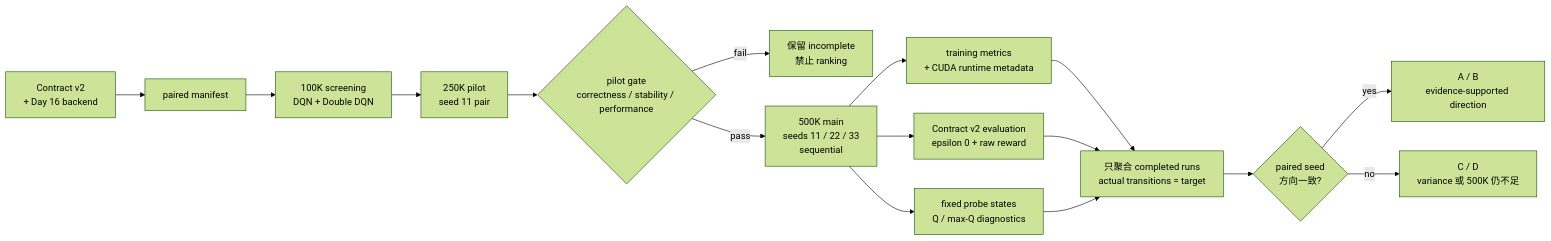
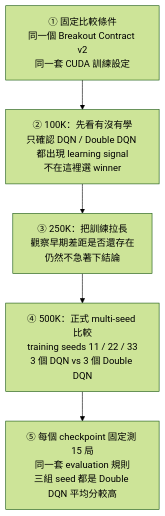
One commit to Tommyweige/breakout-rl-engineering changed the diagram in assets/day18/staged-comparison-flow.mmd. Above: the diagram before and after it, drawn with Mermaid (forest theme). The commit also changed 2 other files, not shown here.

Commit message:
docs: add latest Day 18 comparison flow assets

```diff
--- a/assets/day18/staged-comparison-flow.mmd
+++ b/assets/day18/staged-comparison-flow.mmd
@@ -1,16 +1,8 @@
-flowchart LR
-    A[Contract v2<br/>+ Day 16 backend] --> B[paired manifest]
-    B --> C[100K screening<br/>DQN + Double DQN]
-    C --> D[250K pilot<br/>seed 11 pair]
-    D --> E{pilot gate<br/>correctness / stability / performance}
-    E -- fail --> X[保留 incomplete<br/>禁止 ranking]
-    E -- pass --> F[500K main<br/>seeds 11 / 22 / 33<br/>sequential]
-    F --> G[training metrics<br/>+ CUDA runtime metadata]
-    F --> H[Contract v2 evaluation<br/>epsilon 0 + raw reward]
-    F --> I[fixed probe states<br/>Q / max-Q diagnostics]
-    G --> J[只聚合 completed runs<br/>actual transitions = target]
-    H --> J
-    I --> J
-    J --> K{paired seed<br/>方向一致?}
-    K -- yes --> L[A / B<br/>evidence-supported direction]
-    K -- no --> M[C / D<br/>variance 或 500K 仍不足]
+flowchart TB
+    A["① 固定比較條件<br/>同一個 Breakout Contract v2<br/>同一套 CUDA 訓練設定"]
+    B["② 100K：先看有沒有學<br/>只確認 DQN / Double DQN 都出現 learning signal<br/>不在這裡選 winner"]
+    C["③ 250K：把訓練拉長<br/>觀察早期差距是否還存在<br/>仍然不急著下結論"]
+    D["④ 500K：正式 multi-seed 比較<br/>training seeds 11 / 22 / 33<br/>3 個 DQN vs 3 個 Double DQN"]
+    E["⑤ 每個 checkpoint 固定測 15 局<br/>同一套 evaluation 規則<br/>三組 seed 都是 Double DQN 平均分較高"]
+
+    A --> B --> C --> D --> E
```
